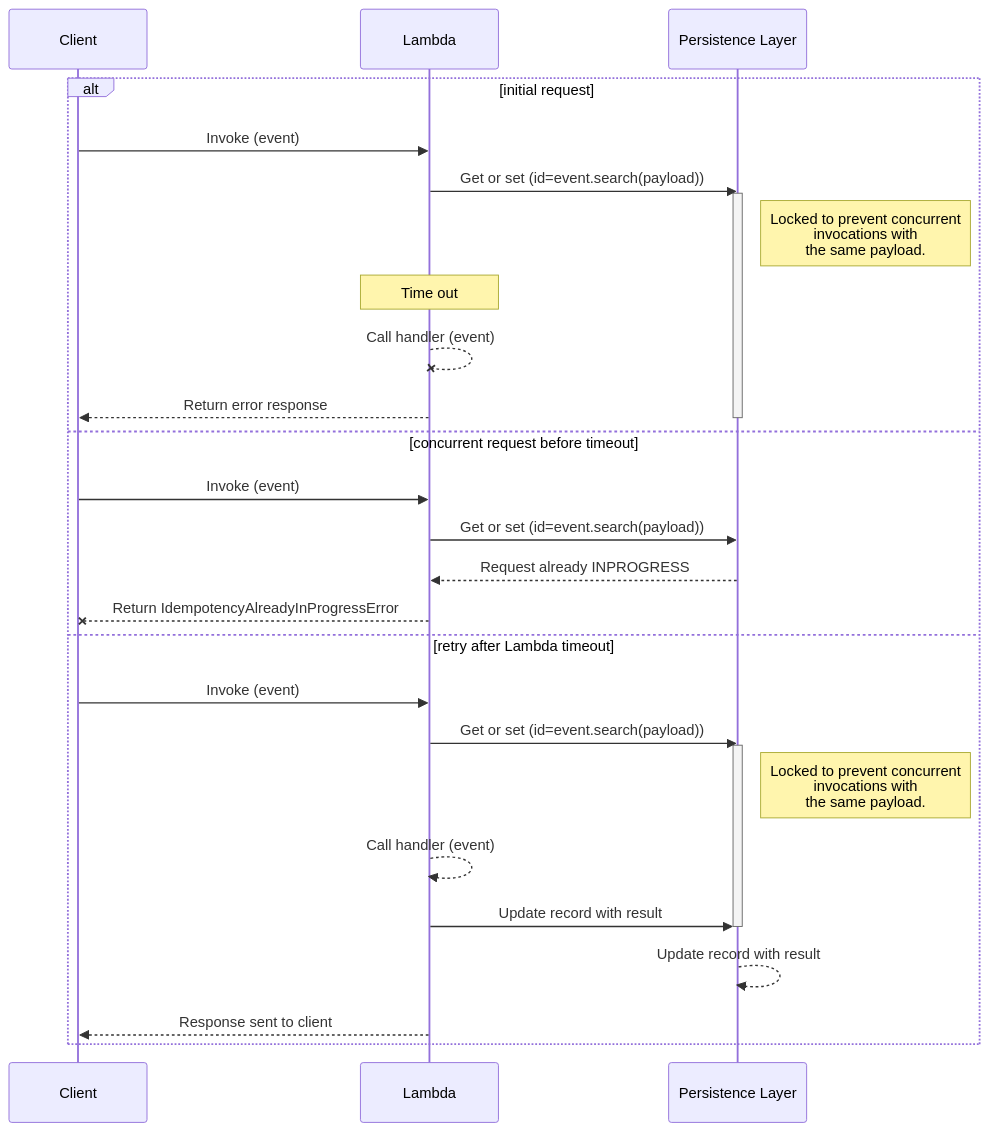
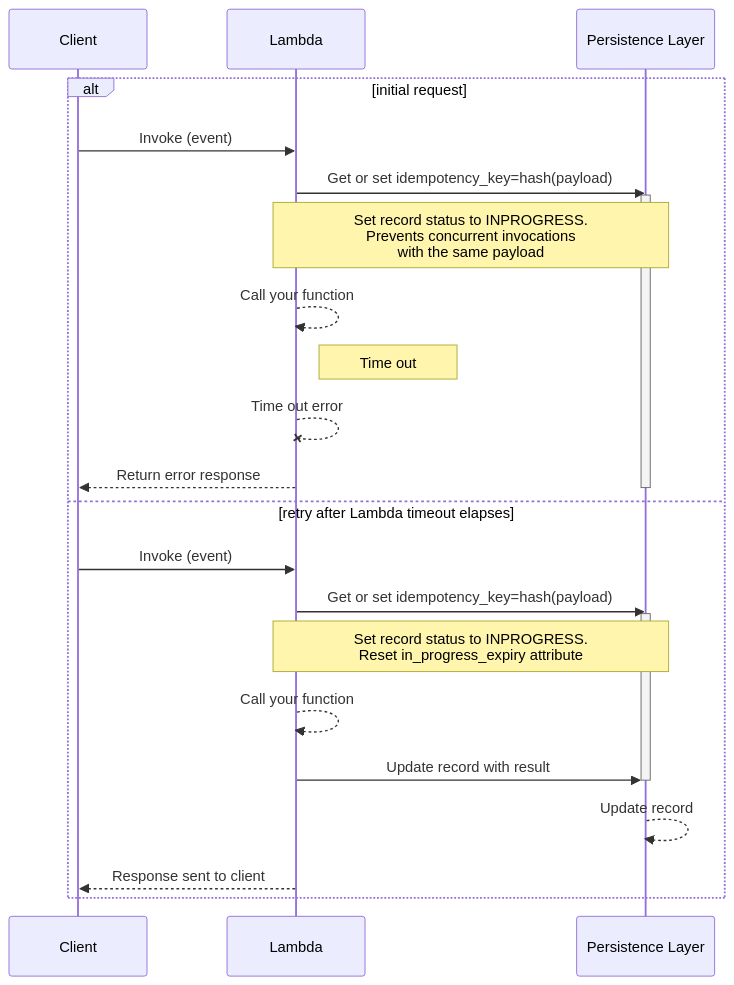
The fifth of 6 diagrams in docs/utilities/idempotency.md (aws-powertools/powertools-lambda-python), drawn with Mermaid before and after one commit. The commit also changed other lines of this file, not shown here.

Commit message:
docs: revamped timeout sequence diag

````diff
--- a/docs/utilities/idempotency.md
+++ b/docs/utilities/idempotency.md
@@ -550,31 +510,27 @@
 ```mermaid
 sequenceDiagram
     participant Client
     participant Lambda
     participant Persistence Layer
     alt initial request
         Client->>Lambda: Invoke (event)
-        Lambda->>Persistence Layer: Get or set (id=event.search(payload))
+        Lambda->>Persistence Layer: Get or set idempotency_key=hash(payload)
         activate Persistence Layer
-        Note right of Persistence Layer: Locked to prevent concurrent<br/>invocations with <br/> the same payload.
-        Note over Lambda: Time out
-        Lambda--xLambda: Call handler (event)
+        Note over Lambda,Persistence Layer: Set record status to INPROGRESS. <br> Prevents concurrent invocations <br> with the same payload
+        Lambda-->>Lambda: Call your function
+        Note right of Lambda: Time out
+        Lambda--xLambda: Time out error
         Lambda-->>Client: Return error response
         deactivate Persistence Layer
-    else concurrent request before timeout
+    else retry after Lambda timeout elapses
         Client->>Lambda: Invoke (event)
-        Lambda->>Persistence Layer: Get or set (id=event.search(payload))
-        Persistence Layer-->>Lambda: Request already INPROGRESS
-        Lambda--xClient: Return IdempotencyAlreadyInProgressError
-    else retry after Lambda timeout
-        Client->>Lambda: Invoke (event)
-        Lambda->>Persistence Layer: Get or set (id=event.search(payload))
+        Lambda->>Persistence Layer: Get or set idempotency_key=hash(payload)
         activate Persistence Layer
-        Note right of Persistence Layer: Locked to prevent concurrent<br/>invocations with <br/> the same payload.
-        Lambda-->>Lambda: Call handler (event)
+        Note over Lambda,Persistence Layer: Set record status to INPROGRESS. <br> Reset in_progress_expiry attribute
+        Lambda-->>Lambda: Call your function
         Lambda->>Persistence Layer: Update record with result
         deactivate Persistence Layer
-        Persistence Layer-->>Persistence Layer: Update record with result
+        Persistence Layer-->>Persistence Layer: Update record
         Lambda-->>Client: Response sent to client
     end
 ```
````
